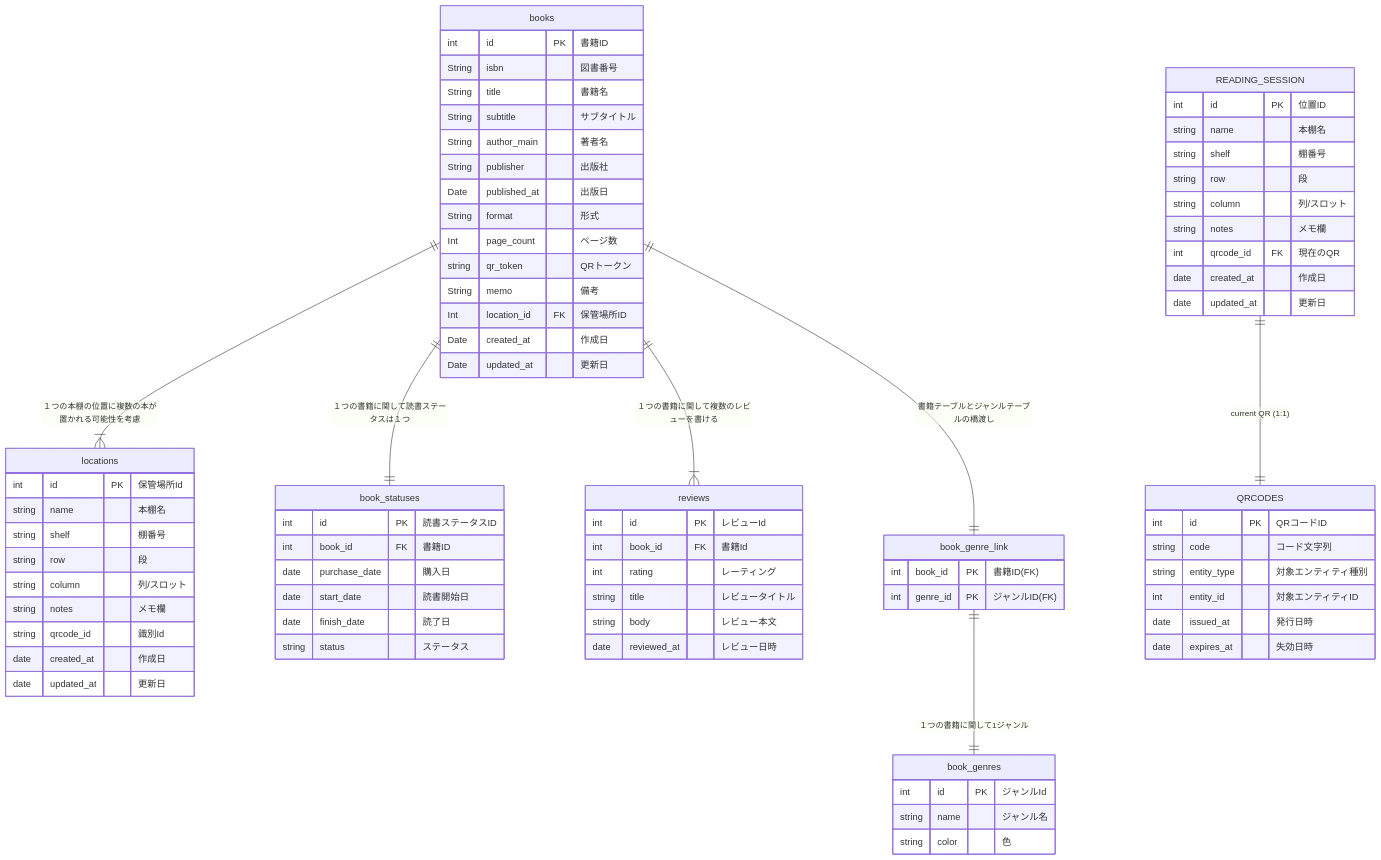
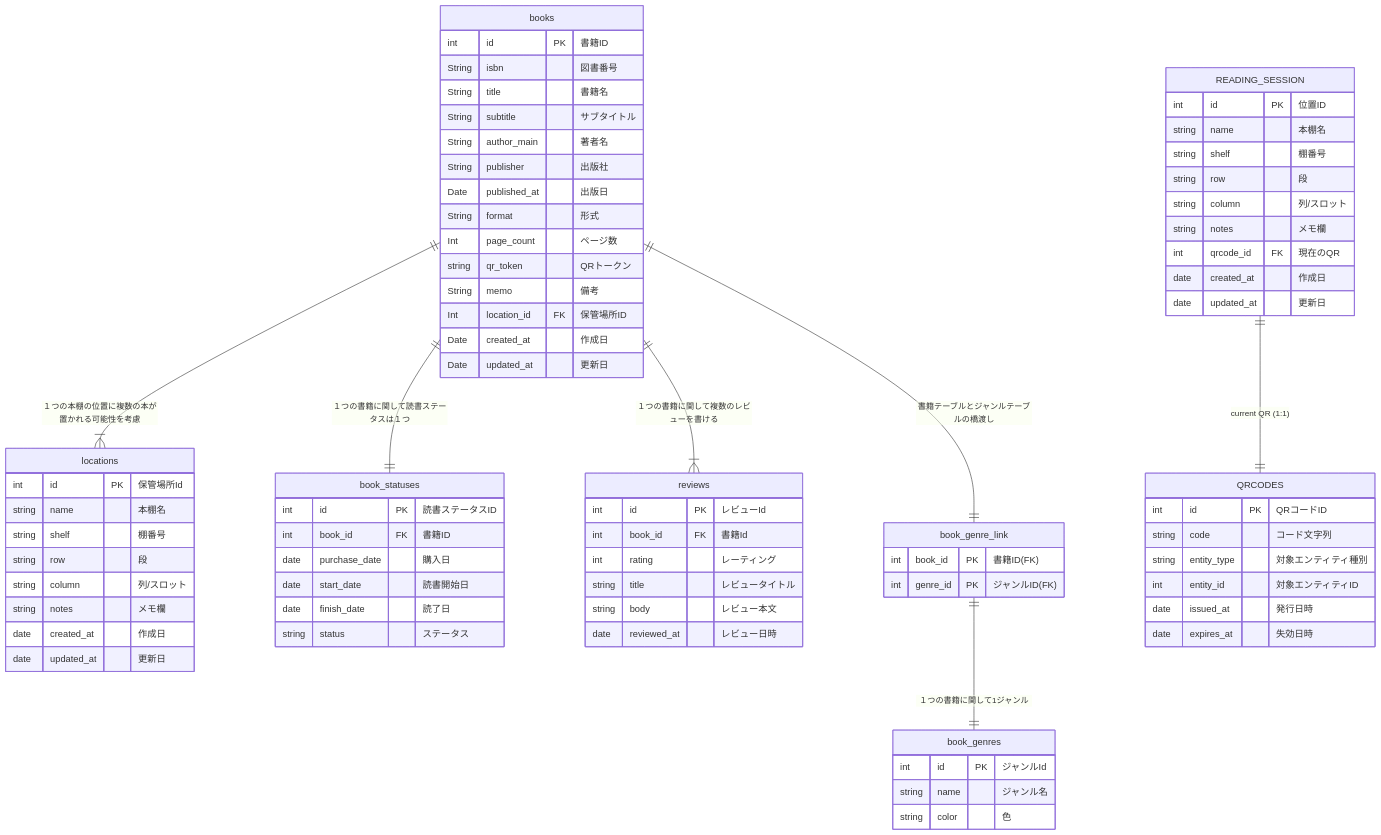
One commit to daiki-inamura/book-qr-manager changed the diagram in docs/book-qr-manager-er.md. Above: the diagram before and after it, drawn with Mermaid. The commit also changed other lines of this file and 3 other files, not shown here.

```diff
--- a/docs/book-qr-manager-er.md
+++ b/docs/book-qr-manager-er.md
@@ -35,7 +35,6 @@
         string row "段"
         string column "列/スロット"
         string notes "メモ欄"
-        string qrcode_id "識別Id"
         date created_at	"作成日"
         date updated_at	"更新日	"
     }
```
